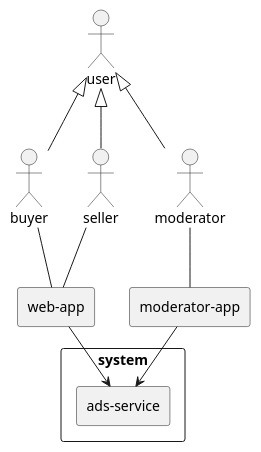
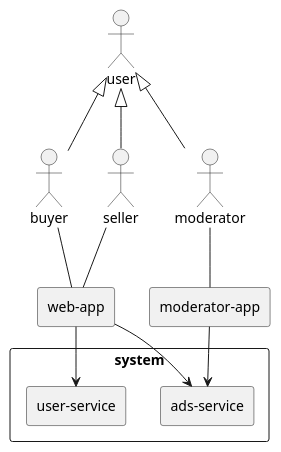
Before and after one commit to jesusfar/classified-ads-example: the diagram in src/Uml/system-environment.puml, drawn with PlantUML. The commit also changed 1 other file, not shown here.

```diff
--- a/src/Uml/system-environment.puml
+++ b/src/Uml/system-environment.puml
@@ -1,29 +1,33 @@
 @startuml
 top to bottom direction
 skinparam packageStyle rectangle
 
 actor user
 actor buyer
 actor seller
 actor moderator
 
 user <|-- buyer
 user <|-- seller
 user <|-- moderator
 
 buyer -- (web-app)
 seller -- (web-app)
 moderator -- (moderator-app)
 rectangle system {
     (web-app) -down-> (ads-service)
+    (web-app) -down-> (user-service)
     (moderator-app) -down-> (ads-service)
     rectangle web-app {
     }
 
     rectangle ads-service {
     }
 
     rectangle moderator-app {
     }
+
+    rectangle user-service {
+    }
 }
 @enduml
```
